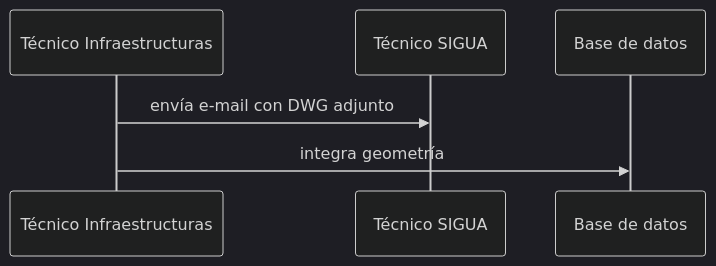
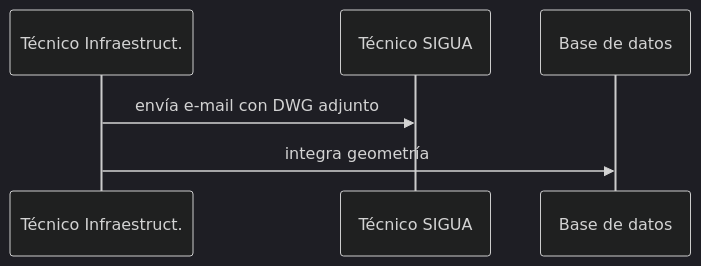
One commit to labgeo/ua-mods changed the diagram in ds01.md. Above: the diagram before and after it, drawn with Mermaid (dark theme).

```diff
--- a/ds01.md
+++ b/ds01.md
@@ -5,5 +5,5 @@
 {% mermaid %}
 sequenceDiagram;
-  Técnico Infraestructuras->>Técnico SIGUA: envía e-mail con DWG adjunto;
-  Técnico Infraestructuras->>Base de datos: integra geometría;
+  Técnico Infraestruct.->>Técnico SIGUA: envía e-mail con DWG adjunto;
+  Técnico Infraestruct.->>Base de datos: integra geometría;
 {% endmermaid %}
```
